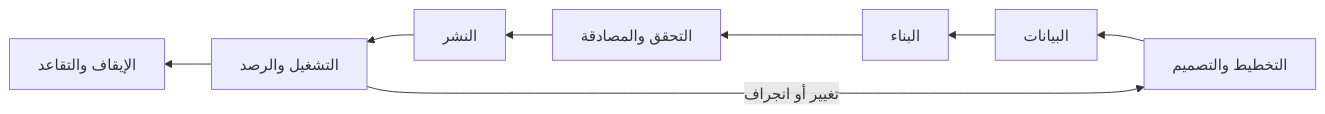
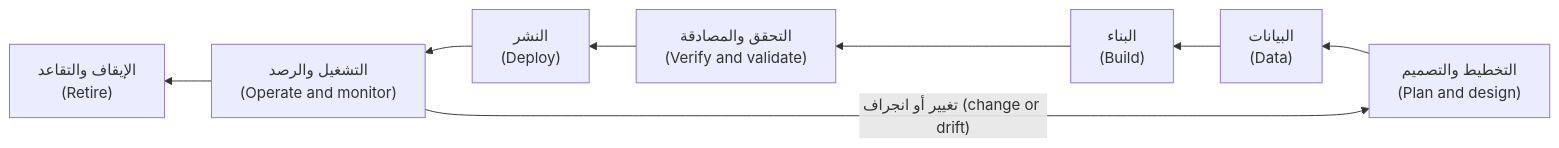
Before and after one commit to Tamoura/system-design-for-vibe-coders: the first of 2 diagrams in aigp/modules/03-policies.ar.md, drawn with Mermaid. The commit also changed other lines of this file and 62 other files, not shown here.

First line of the commit message:
Arabic editions: English on every diagram label, RTL fixes, rebuild

````diff
--- a/aigp/modules/03-policies.ar.md
+++ b/aigp/modules/03-policies.ar.md
@@ -43,10 +43,10 @@
 ```mermaid
 flowchart RL
-    P[التخطيط والتصميم] --> D[البيانات]
-    D --> B[البناء]
-    B --> V[التحقق والمصادقة]
-    V --> Dep[النشر]
-    Dep --> O[التشغيل والرصد]
-    O -->|تغيير أو انجراف| P
-    O --> R[الإيقاف والتقاعد]
+    P["التخطيط والتصميم<br/>(Plan and design)"] --> D["البيانات<br/>(Data)"]
+    D --> B["البناء<br/>(Build)"]
+    B --> V["التحقق والمصادقة<br/>(Verify and validate)"]
+    V --> Dep["النشر<br/>(Deploy)"]
+    Dep --> O["التشغيل والرصد<br/>(Operate and monitor)"]
+    O -->|"تغيير أو انجراف (change or drift)"| P
+    O --> R["الإيقاف والتقاعد<br/>(Retire)"]
 ```
````
